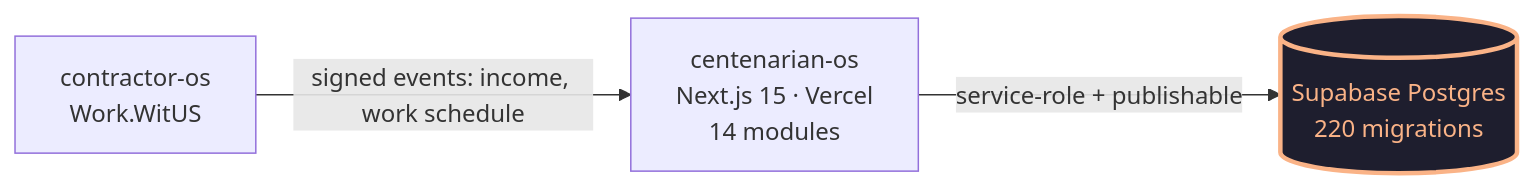
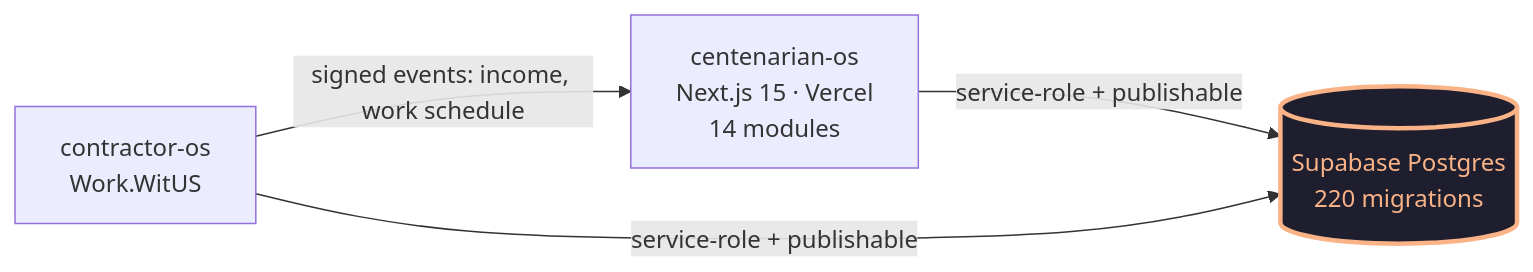
Before and after one commit to dapperAuteur/centenarian-os: the diagram in README.md, drawn with Mermaid. The commit also changed other lines of this file and 8 other files, not shown here.

````diff
--- a/README.md
+++ b/README.md
@@ -29,12 +27,13 @@
 ```mermaid
 flowchart LR
   classDef shared fill:#1e1e2e,stroke:#fab387,color:#fab387,stroke-width:3px
   classDef external fill:#11111b,stroke:#a6adc8,color:#a6adc8
 
   CentOS[centenarian-os<br/>Next.js 15 · Vercel<br/>14 modules]
   Contractor[contractor-os<br/>Work.WitUS]
   DB[(Supabase Postgres<br/>220 migrations)]:::shared
 
   CentOS -->|service-role + publishable| DB
+  Contractor -->|service-role + publishable| DB
   Contractor -->|signed events: income, work schedule| CentOS
 ```
````
